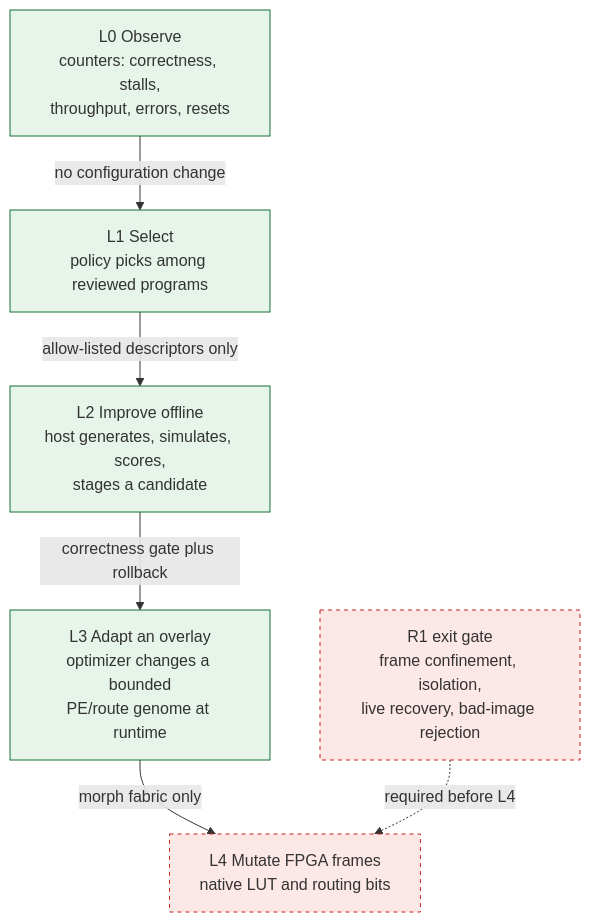
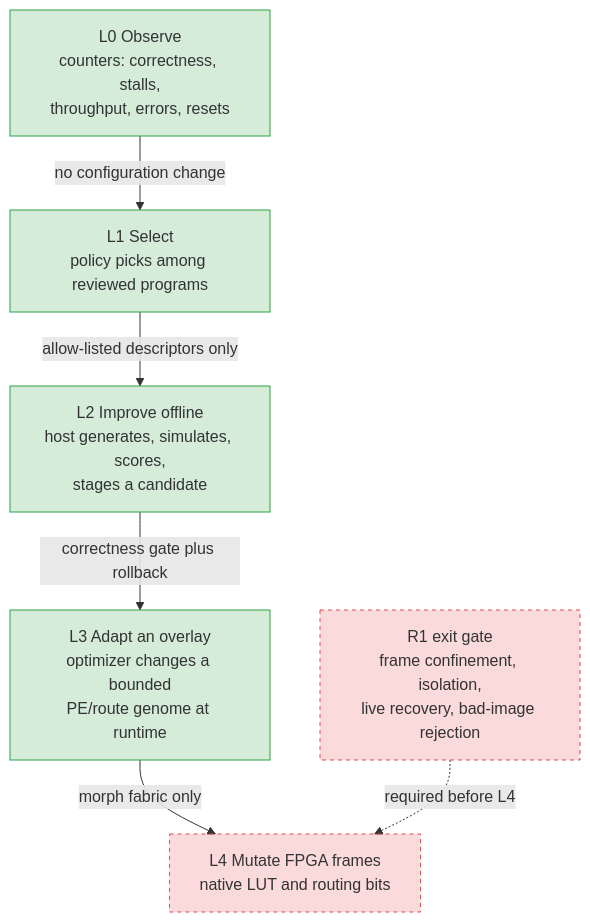
One commit to Scynth-Labs/atomiX changed the first of 2 diagrams in docs/research-checklist.md. Above: the diagram before and after it, drawn with Mermaid. The commit also changed other lines of this file and 5 other files, not shown here.

Commit message:
Update diagram styles for consistency across documentation

````diff
--- a/docs/research-checklist.md
+++ b/docs/research-checklist.md
@@ -376,19 +376,19 @@
 ```mermaid
 flowchart TB
   L0["L0 Observe<br/>counters: correctness, stalls,<br/>throughput, errors, resets"]
   L1["L1 Select<br/>policy picks among reviewed programs"]
   L2["L2 Improve offline<br/>host generates, simulates, scores,<br/>stages a candidate"]
   L3["L3 Adapt an overlay<br/>optimizer changes a bounded<br/>PE/route genome at runtime"]
   L4["L4 Mutate FPGA frames<br/>native LUT and routing bits"]
 
   L0 -->|"no configuration change"| L1
   L1 -->|"allow-listed descriptors only"| L2
   L2 -->|"correctness gate plus rollback"| L3
   L3 -->|"morph fabric only"| L4
   R1["R1 exit gate<br/>frame confinement, isolation,<br/>live recovery, bad-image rejection"] -.->|"required before L4"| L4
 
-  classDef done fill:#e6f4ea,stroke:#137333
-  classDef blocked fill:#fce8e6,stroke:#c5221f,stroke-dasharray: 4 4
+  classDef done fill:#2ea04333,stroke:#2ea043
+  classDef blocked fill:#e5484d33,stroke:#e5484d,stroke-dasharray: 4 4
   class L0,L1,L2,L3 done
   class L4,R1 blocked
 ```
````
